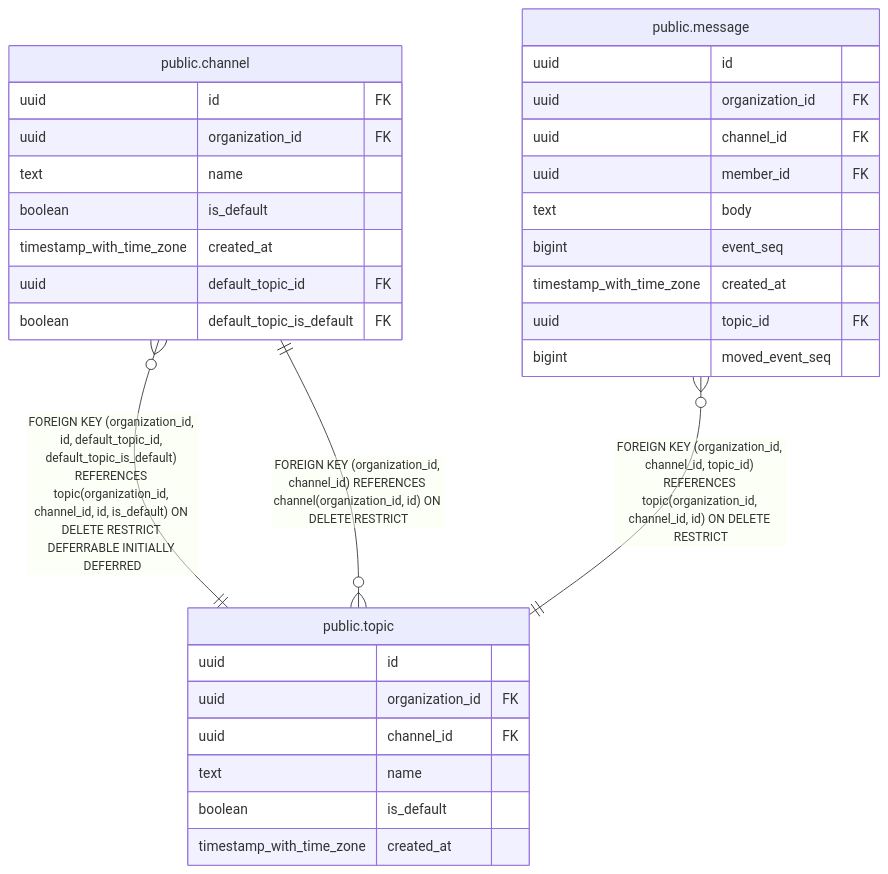
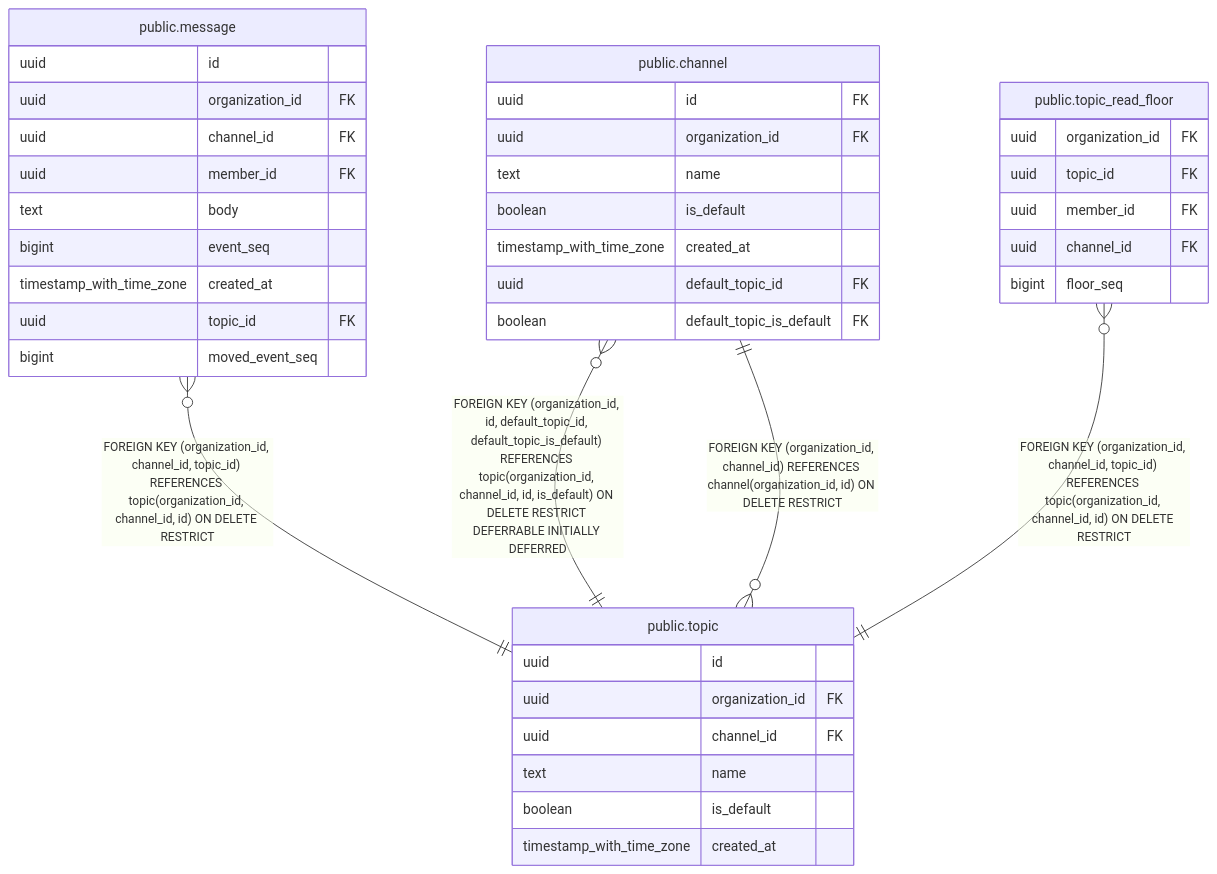
The diagram in docs/schema/public.topic.md (tkakkie/ribbitto), drawn with Mermaid before and after one commit. The commit also changed other lines of this file and 40 other files, not shown here.

````diff
--- a/docs/schema/public.topic.md
+++ b/docs/schema/public.topic.md
@@ -42,36 +42,44 @@
 ```mermaid
 erDiagram
 
 "public.channel" }o--|| "public.topic" : "FOREIGN KEY (organization_id, id, default_topic_id, default_topic_is_default) REFERENCES topic(organization_id, channel_id, id, is_default) ON DELETE RESTRICT DEFERRABLE INITIALLY DEFERRED"
 "public.message" }o--|| "public.topic" : "FOREIGN KEY (organization_id, channel_id, topic_id) REFERENCES topic(organization_id, channel_id, id) ON DELETE RESTRICT"
+"public.topic_read_floor" }o--|| "public.topic" : "FOREIGN KEY (organization_id, channel_id, topic_id) REFERENCES topic(organization_id, channel_id, id) ON DELETE RESTRICT"
 "public.topic" }o--|| "public.channel" : "FOREIGN KEY (organization_id, channel_id) REFERENCES channel(organization_id, id) ON DELETE RESTRICT"
 
 "public.topic" {
   uuid id
   uuid organization_id FK
   uuid channel_id FK
   text name
   boolean is_default
   timestamp_with_time_zone created_at
 }
 "public.channel" {
   uuid id FK
   uuid organization_id FK
   text name
   boolean is_default
   timestamp_with_time_zone created_at
   uuid default_topic_id FK
   boolean default_topic_is_default FK
 }
 "public.message" {
   uuid id
   uuid organization_id FK
   uuid channel_id FK
   uuid member_id FK
   text body
   bigint event_seq
   timestamp_with_time_zone created_at
   uuid topic_id FK
   bigint moved_event_seq
 }
+"public.topic_read_floor" {
+  uuid organization_id FK
+  uuid topic_id FK
+  uuid member_id FK
+  uuid channel_id FK
+  bigint floor_seq
+}
 ```
````
